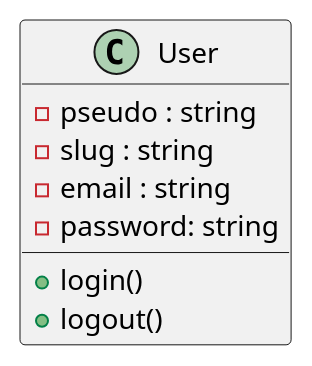
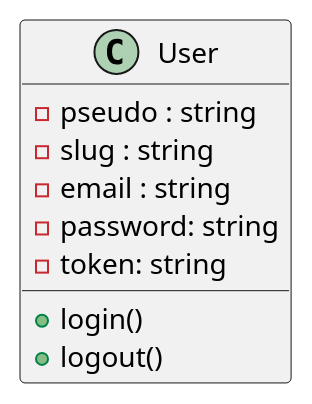
Before and after one commit to laurasullyalexandrine/the2dbubbles: the diagram in diagrammes-uml/Class/User.puml, drawn with PlantUML. The commit also changed 7 other files, not shown here.

```diff
--- a/diagrammes-uml/Class/User.puml
+++ b/diagrammes-uml/Class/User.puml
@@ -1,15 +1,16 @@
 @startuml User
 
 Class User {
     
     - pseudo : string
     - slug : string
     - email : string
     - password: string
+    - token: string
     
     + login()
     + logout()
 
 }
 
 @enduml
```
